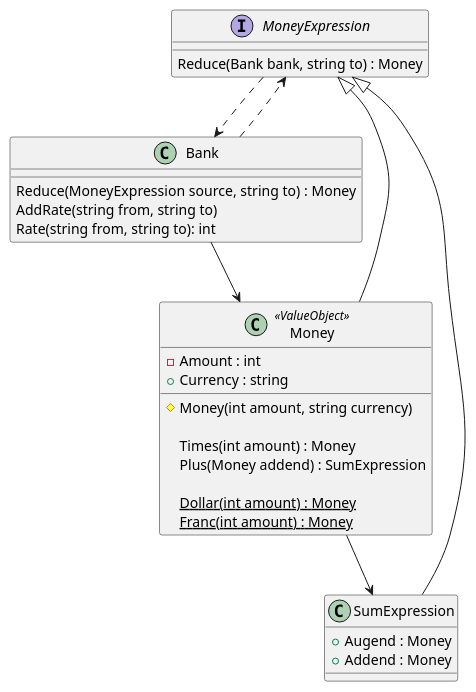
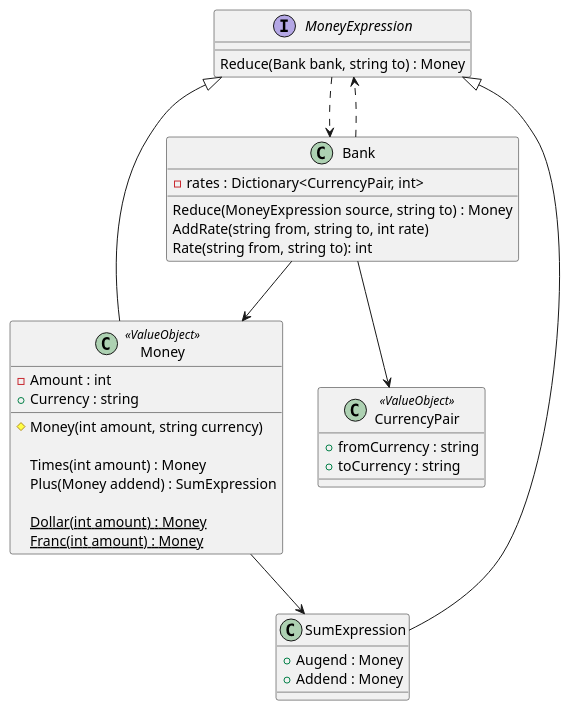
Before and after one commit to RicardoGuzmanVelasco/KentBeck.TDDByExample: the diagram in Documentation/Classes.puml, drawn with PlantUML. The commit also changed 1 other file, not shown here.

Commit message:
18 | Bank rates | Documentation

```diff
--- a/Documentation/Classes.puml
+++ b/Documentation/Classes.puml
@@ -1,40 +1,49 @@
 @startuml
 
 interface MoneyExpression
 {
     Reduce(Bank bank, string to) : Money
 } 
 MoneyExpression ..> Bank
 
 class Money <<ValueObject>>
 {
     -Amount : int
     +Currency : string
     
     #Money(int amount, string currency)
     
     Times(int amount) : Money
     Plus(Money addend) : SumExpression
     
     {static} Dollar(int amount) : Money
     {static} Franc(int amount) : Money
 }
 Money --|> MoneyExpression
 Money --> SumExpression
 
 class SumExpression
 {
     +Augend : Money
     +Addend : Money
 }
 SumExpression --|> MoneyExpression
 
+class CurrencyPair <<ValueObject>>
+{
+    +fromCurrency : string
+    +toCurrency : string
+}
+
 class Bank
 {
+    -rates : Dictionary<CurrencyPair, int>
+
     Reduce(MoneyExpression source, string to) : Money
-    AddRate(string from, string to)
+    AddRate(string from, string to, int rate)
     Rate(string from, string to): int
 }
+Bank --> CurrencyPair
 Bank ..> MoneyExpression
 Bank --> Money
 @enduml
```
